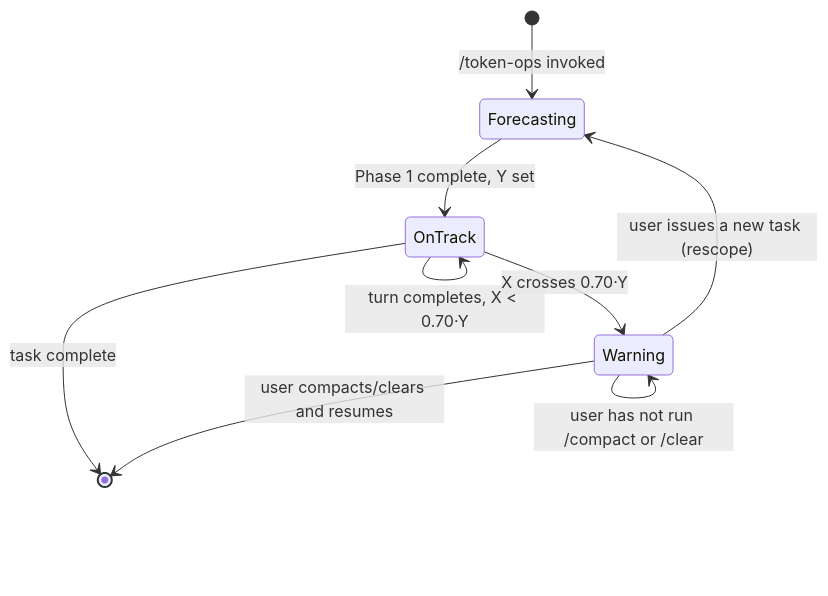
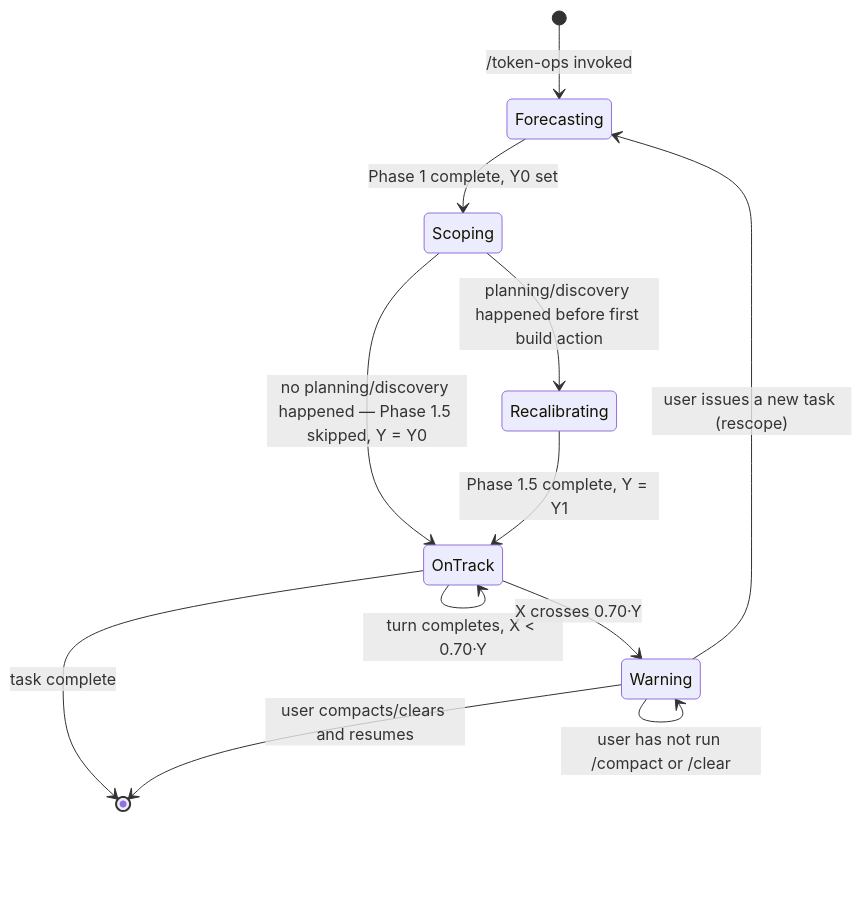
The diagram in ARCHITECTURE.md (bsommers/token-finops), drawn with Mermaid before and after one commit. The commit also changed other lines of this file and 5 other files, not shown here.

First line of the commit message:
Add Phase 1.5 recalibration and forecasting methodology docs

````diff
--- a/ARCHITECTURE.md
+++ b/ARCHITECTURE.md
@@ -123,11 +160,14 @@
 ```mermaid
 stateDiagram-v2
     [*] --> Forecasting : /token-ops invoked
-    Forecasting --> OnTrack : Phase 1 complete, Y set
+    Forecasting --> Scoping : Phase 1 complete, Y0 set
+    Scoping --> Recalibrating : planning/discovery happened before first build action
+    Scoping --> OnTrack : no planning/discovery happened — Phase 1.5 skipped, Y = Y0
+    Recalibrating --> OnTrack : Phase 1.5 complete, Y = Y1
     OnTrack --> OnTrack : turn completes, X < 0.70·Y
     OnTrack --> Warning : X crosses 0.70·Y
     Warning --> Warning : user has not run /compact or /clear
     Warning --> Forecasting : user issues a new task (rescope)
     OnTrack --> [*] : task complete
     Warning --> [*] : user compacts/clears and resumes
 ```
````
